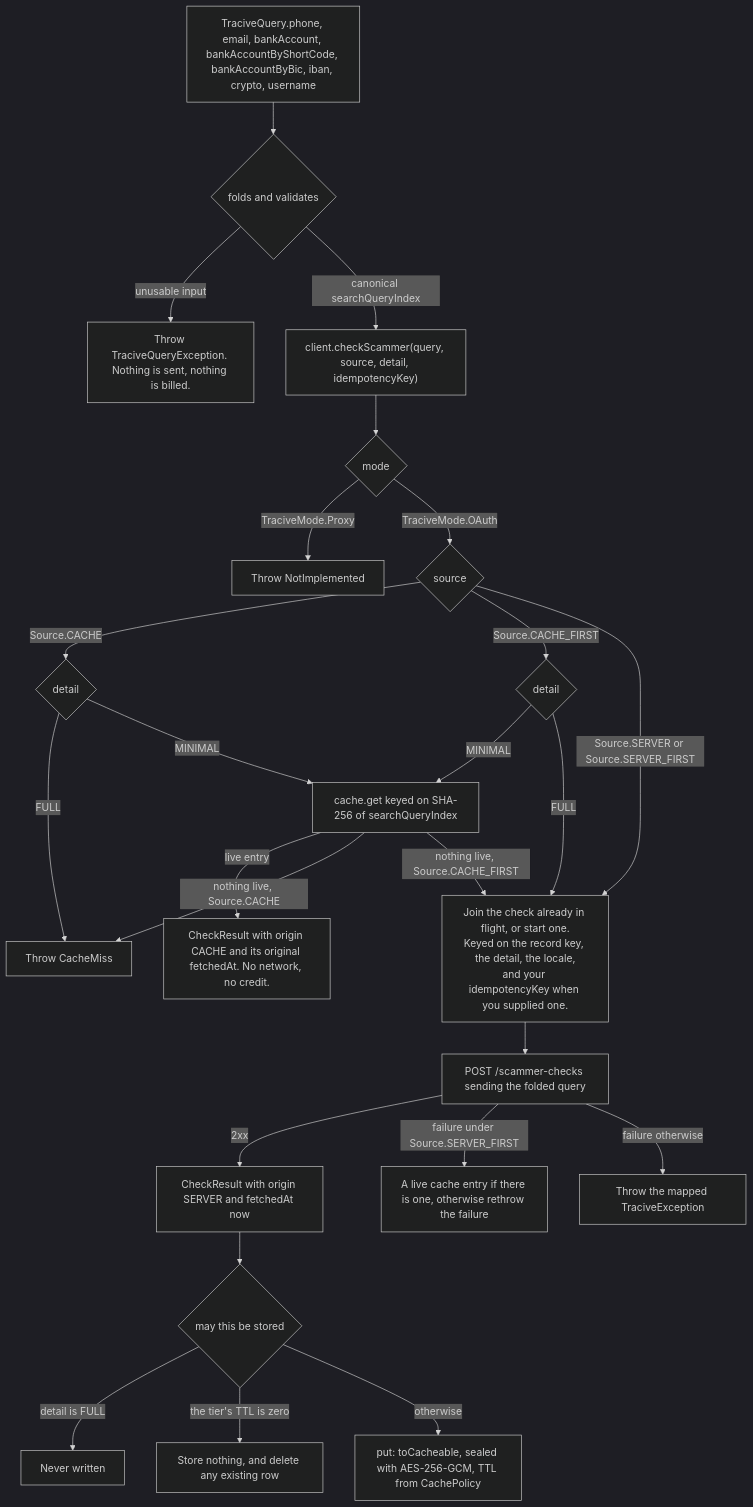
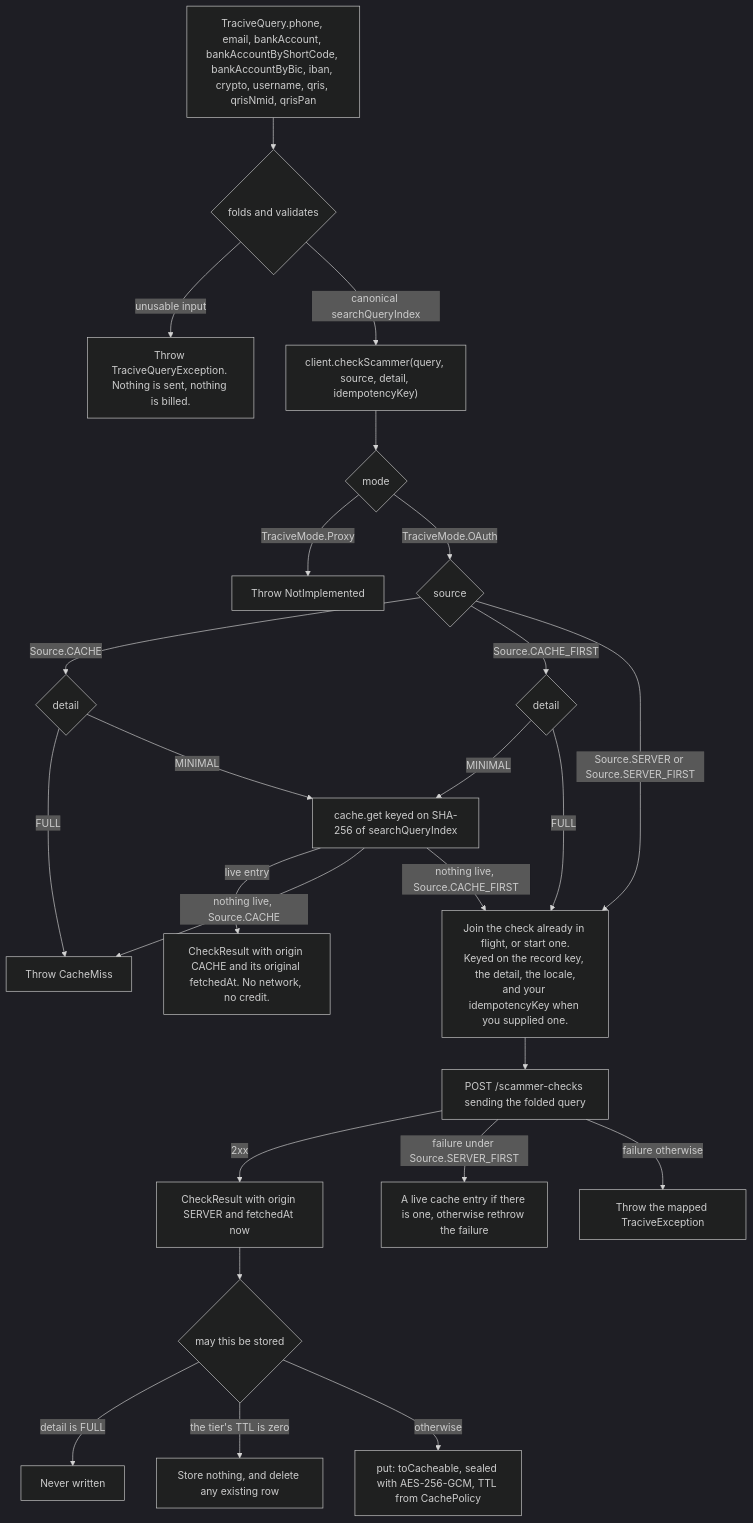
The fourth of 5 diagrams in docs/architecture.md (pleistocent/tracive-sdk-kotlin), drawn with Mermaid (dark theme) before and after one commit. The commit also changed other lines of this file and 27 other files, not shown here.

First line of the commit message:
feat(query): add QRIS checks from query grammar v7

````diff
--- a/docs/architecture.md
+++ b/docs/architecture.md
@@ -226,27 +226,27 @@
 ```mermaid
 flowchart TD
-    Build["TraciveQuery.phone, email, bankAccount, bankAccountByShortCode, bankAccountByBic, iban, crypto, username"] --> Valid{"folds and validates"}
+    Build["TraciveQuery.phone, email, bankAccount, bankAccountByShortCode, bankAccountByBic, iban, crypto, username, qris, qrisNmid, qrisPan"] --> Valid{"folds and validates"}
     Valid -->|"unusable input"| Reject["Throw TraciveQueryException. Nothing is sent, nothing is billed."]
     Valid -->|"canonical searchQueryIndex"| Call["client.checkScammer(query, source, detail, idempotencyKey)"]
     Call --> Mode{"mode"}
     Mode -->|"TraciveMode.Proxy"| NotImpl["Throw NotImplemented"]
     Mode -->|"TraciveMode.OAuth"| Route{"source"}
     Route -->|"Source.CACHE"| OnlyDetail{"detail"}
     OnlyDetail -->|"FULL"| CacheMiss["Throw CacheMiss"]
     OnlyDetail -->|"MINIMAL"| Read["cache.get keyed on SHA-256 of searchQueryIndex"]
     Route -->|"Source.CACHE_FIRST"| FirstDetail{"detail"}
     FirstDetail -->|"MINIMAL"| Read
     FirstDetail -->|"FULL"| Latch["Join the check already in flight, or start one.<br/>Keyed on the record key, the detail, the locale,<br/>and your idempotencyKey when you supplied one."]
     Route -->|"Source.SERVER or Source.SERVER_FIRST"| Latch
     Latch --> Net["POST /scammer-checks sending the folded query"]
     Read -->|"live entry"| Hit["CheckResult with origin CACHE and its original fetchedAt. No network, no credit."]
     Read -->|"nothing live, Source.CACHE"| CacheMiss
     Read -->|"nothing live, Source.CACHE_FIRST"| Latch
     Net -->|"2xx"| Fresh["CheckResult with origin SERVER and fetchedAt now"]
     Net -->|"failure under Source.SERVER_FIRST"| Fallback["A live cache entry if there is one, otherwise rethrow the failure"]
     Net -->|"failure otherwise"| Fail["Throw the mapped TraciveException"]
     Fresh --> Store{"may this be stored"}
     Store -->|"detail is FULL"| NoStore["Never written"]
     Store -->|"the tier's TTL is zero"| Retract["Store nothing, and delete any existing row"]
     Store -->|"otherwise"| Put["put: toCacheable, sealed with AES-256-GCM, TTL from CachePolicy"]
 ```
````
